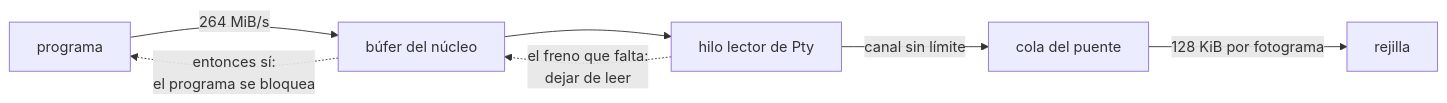
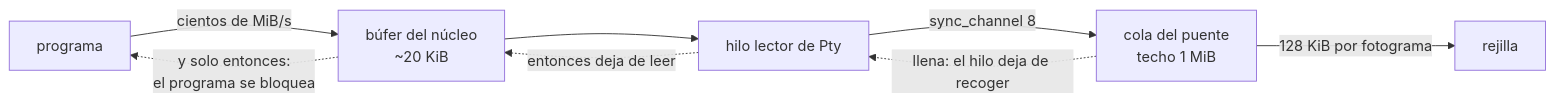
One commit to mashware/ivy changed the diagram in .domain-memory/knowledge/term-core/aspects/el-presupuesto-por-frame-no-acota-la-memoria.md. Above: the diagram before and after it, drawn with Mermaid. The commit also changed other lines of this file and 6 other files, not shown here.

First line of the commit message:
20 Un programa que escribe sin parar ya no agota la memoria [patch] (#25)

````diff
--- a/.domain-memory/knowledge/term-core/aspects/el-presupuesto-por-frame-no-acota-la-memoria.md
+++ b/.domain-memory/knowledge/term-core/aspects/el-presupuesto-por-frame-no-acota-la-memoria.md
@@ -50,9 +58,10 @@
 ```mermaid
 flowchart LR
-  P[programa] -->|264 MiB/s| K[búfer del núcleo]
+  P[programa] -->|cientos de MiB/s| K[búfer del núcleo\n~20 KiB]
   K --> L[hilo lector de Pty]
-  L -->|canal sin límite| C[cola del puente]
+  L -->|sync_channel 8| C[cola del puente\ntecho 1 MiB]
   C -->|128 KiB por fotograma| R[rejilla]
-  L -.->|el freno que falta:\ndejar de leer| K
-  K -.->|entonces sí:\nel programa se bloquea| P
+  C -.->|llena: el hilo deja de recoger| L
+  L -.->|entonces deja de leer| K
+  K -.->|y solo entonces:\nel programa se bloquea| P
 ```
````
